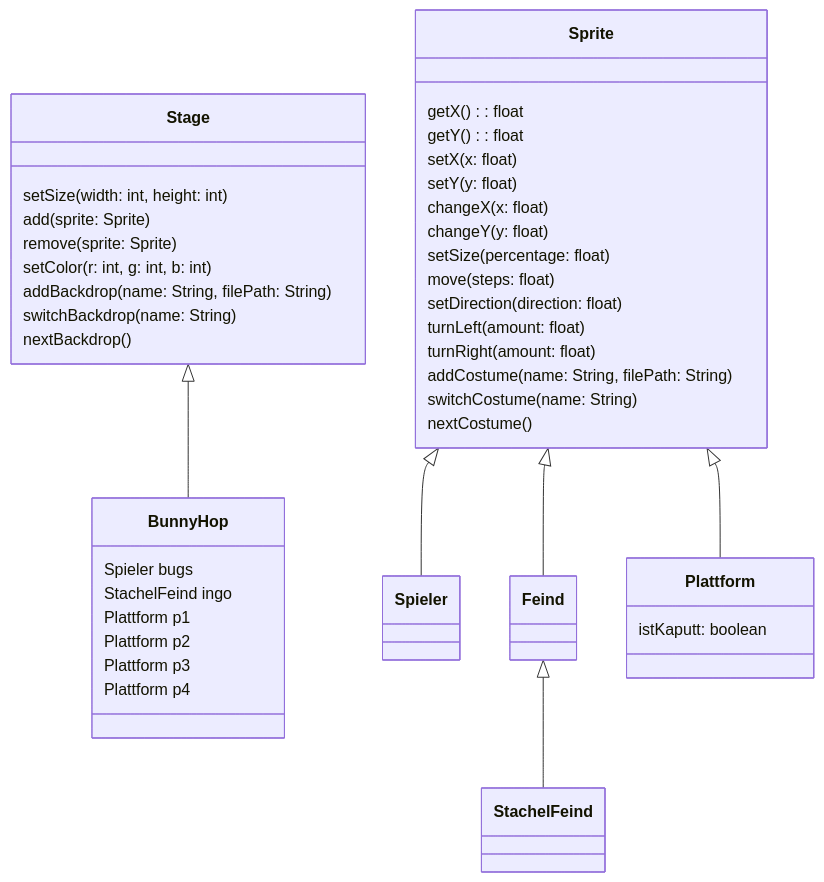
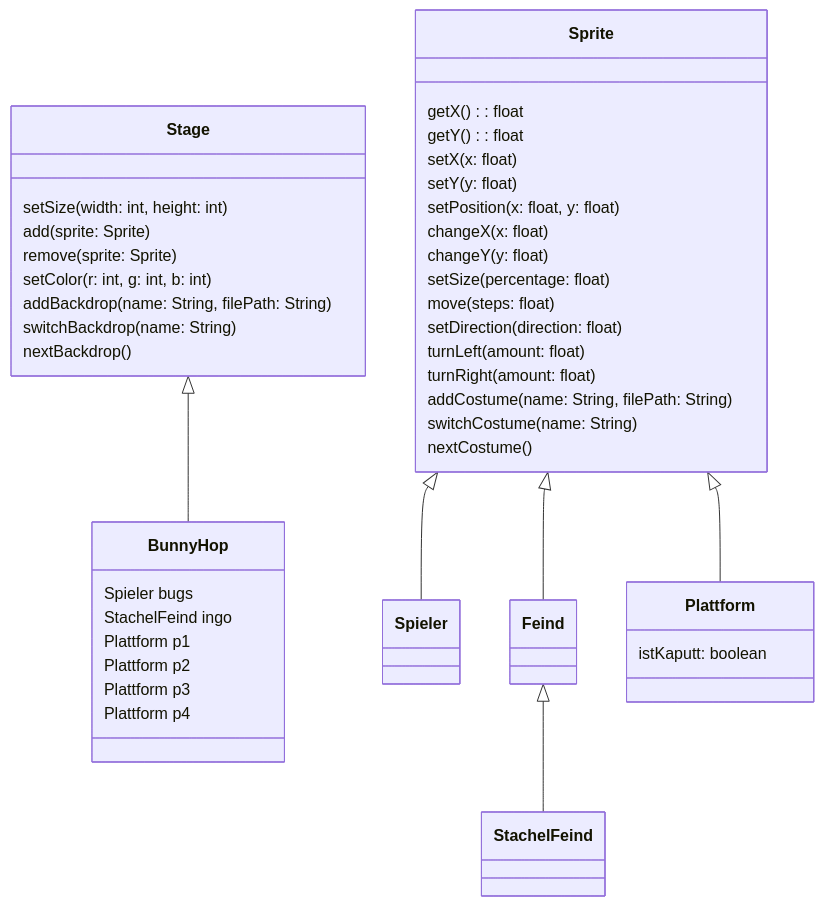
Before and after one commit to mikebarkmin/hyperbook-spieleentwicklung: the diagram in book/erste-implementierung/weitere-klassen.md, drawn with Mermaid. The commit also changed other lines of this file and 284 other files, not shown here.

````diff
--- a/book/erste-implementierung/weitere-klassen.md
+++ b/book/erste-implementierung/weitere-klassen.md
@@ -18,57 +19,58 @@
 ```mermaid
 classDiagram
     Stage <|-- BunnyHop
     Sprite <|-- Spieler
     Sprite <|-- Feind
     Sprite <|-- Plattform
     Feind <|-- StachelFeind
 
     class Stage {
         setSize(width: int, height: int)
         add(sprite: Sprite)
         remove(sprite: Sprite)
         setColor(r: int, g: int, b: int)
         addBackdrop(name: String, filePath: String)
         switchBackdrop(name: String)
         nextBackdrop()
     }
 
     class BunnyHop {
         Spieler bugs
         StachelFeind ingo
         Plattform p1
         Plattform p2
         Plattform p3
         Plattform p4
     }
 
     class Sprite {
         getX(): float
         getY(): float
         setX(x: float)
         setY(y: float)
+        setPosition(x: float, y: float)
         changeX(x: float)
         changeY(y: float)
         setSize(percentage: float)
         move(steps: float)
         setDirection(direction: float)
         turnLeft(amount: float)
         turnRight(amount: float)
         addCostume(name: String, filePath: String)
         switchCostume(name: String)
         nextCostume()
     }
 
     class Spieler {
     }
 
     class Plattform {
         istKaputt: boolean
     }
 
     class Feind {
     }
 
     class StachelFeind {
     }
 ```
````
